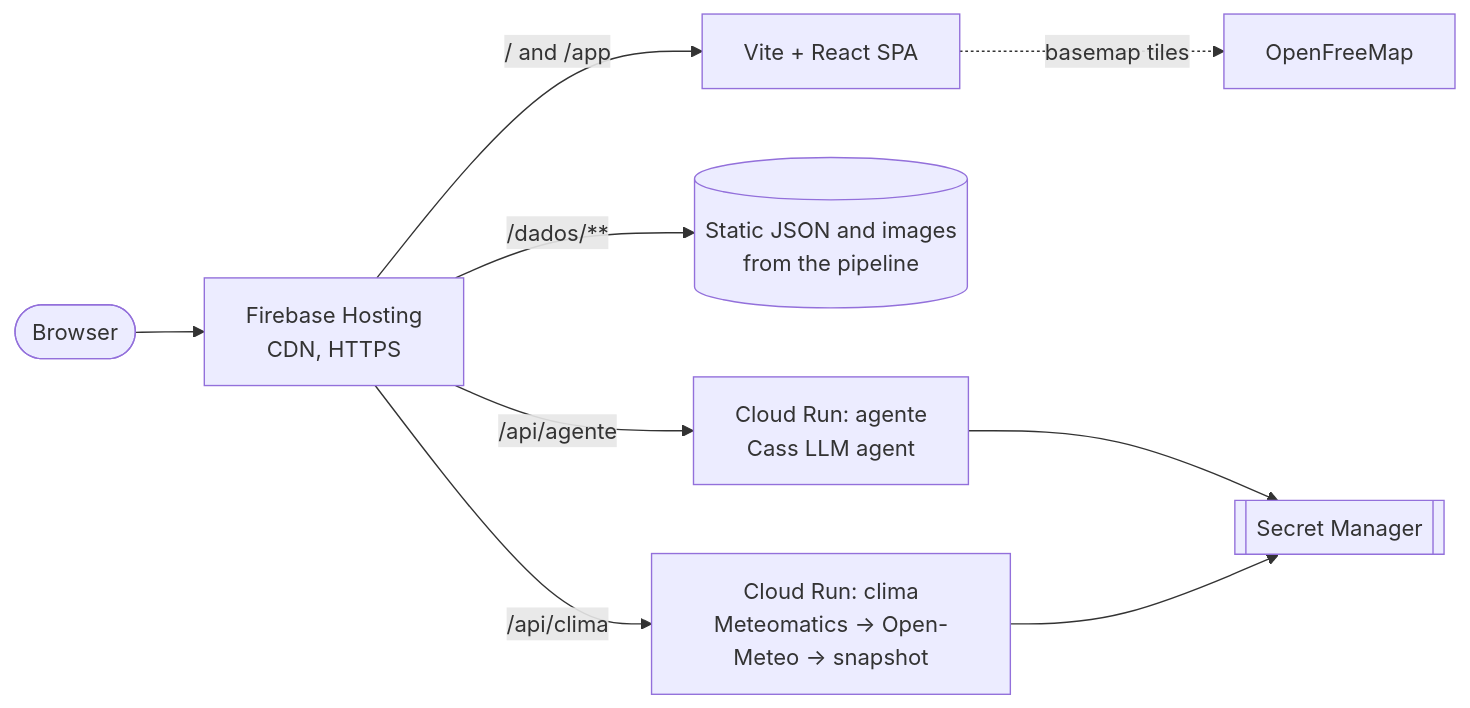
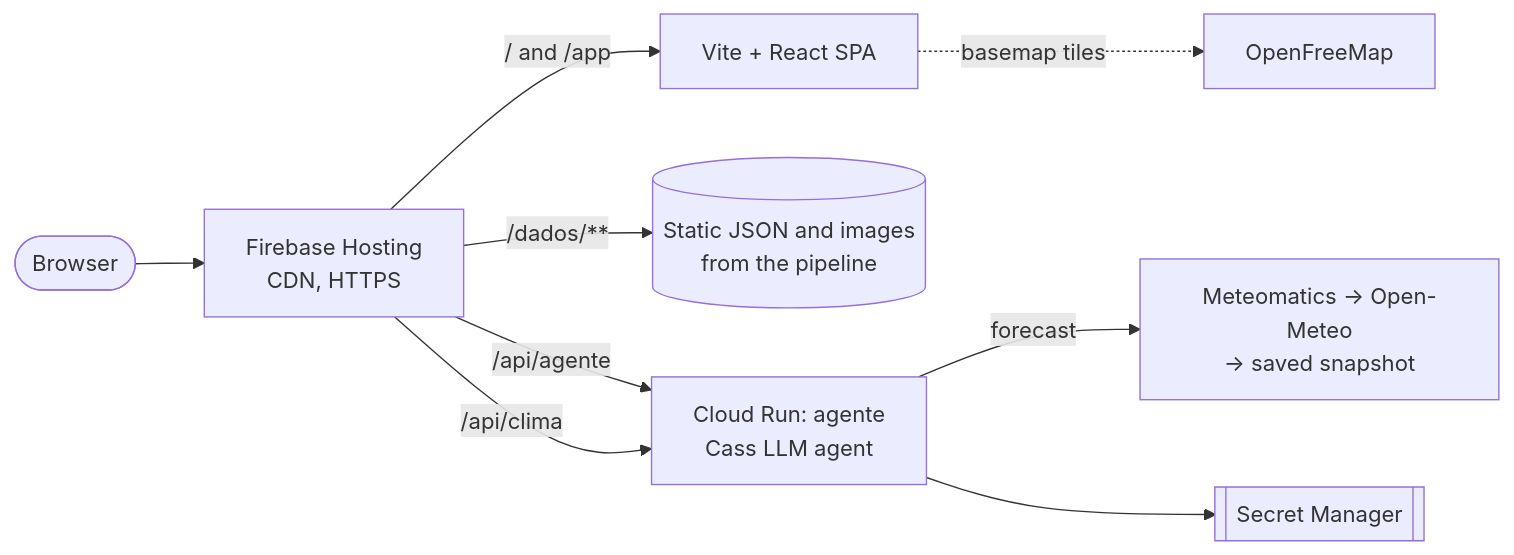
Before and after one commit to Montezi/cassaandra-alert-frontend: the diagram in README.md, drawn with Mermaid. The commit also changed 3 other files, not shown here.

First line of the commit message:
fix: route /api/clima to the agente service

````diff
--- a/README.md
+++ b/README.md
@@ -78,11 +78,11 @@
 ```mermaid
 flowchart LR
   user([Browser]) --> hosting[Firebase Hosting<br/>CDN, HTTPS]
   hosting -->|"/ and /app"| spa[Vite + React SPA]
   hosting -->|"/dados/**"| data[(Static JSON and images<br/>from the pipeline)]
   hosting -->|"/api/agente"| agent[Cloud Run: agente<br/>Cass LLM agent]
-  hosting -->|"/api/clima"| weather[Cloud Run: clima<br/>Meteomatics → Open-Meteo → snapshot]
+  hosting -->|"/api/clima"| agent
+  agent -->|forecast| weather[Meteomatics → Open-Meteo<br/>→ saved snapshot]
   agent --> secrets[[Secret Manager]]
-  weather --> secrets
   spa -.->|basemap tiles| ofm[OpenFreeMap]
 ```
````
